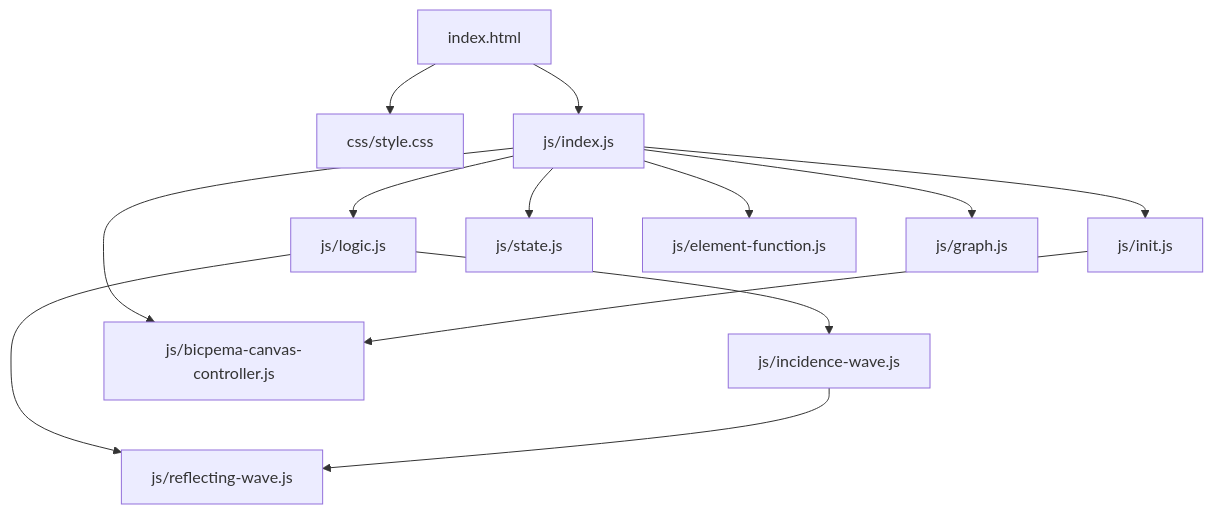
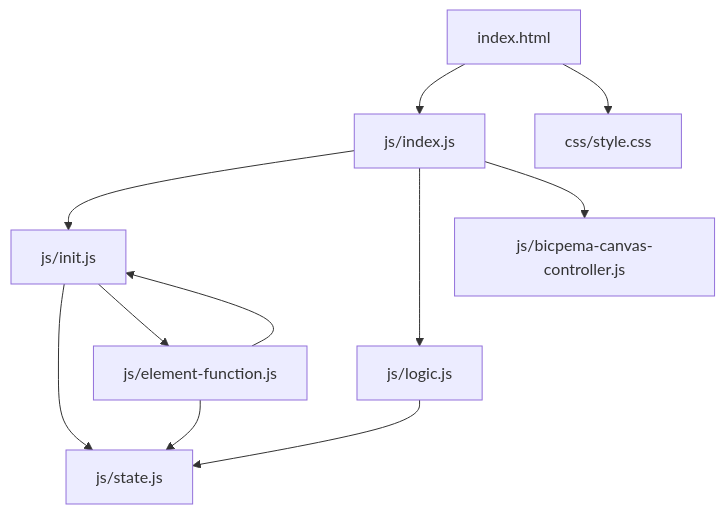
The first of 2 diagrams in simulation-docs/wave-reflection/wave-reflection.md (Bicpema/bicpema), drawn with Mermaid before and after one commit. The commit also changed other lines of this file and 10 other files, not shown here.

````diff
--- a/simulation-docs/wave-reflection/wave-reflection.md
+++ b/simulation-docs/wave-reflection/wave-reflection.md
@@ -100,27 +99,22 @@
 ```mermaid
 flowchart TD
   A["index.html"]
   B["css/style.css"]
   C["js/index.js"]
   D["js/init.js"]
   E["js/logic.js"]
   F["js/state.js"]
   G["js/element-function.js"]
-  H["js/graph.js"]
-  I["js/incidence-wave.js"]
-  J["js/reflecting-wave.js"]
   K["js/bicpema-canvas-controller.js"]
 
   A --> C
   A --> B
   C --> D
   C --> E
-  C --> F
-  C --> G
-  C --> H
   C --> K
-  E --> I
-  E --> J
-  D --> K
-  I --> J
+  D --> F
+  D --> G
+  E --> F
+  G --> F
+  G --> D
 ```
````
